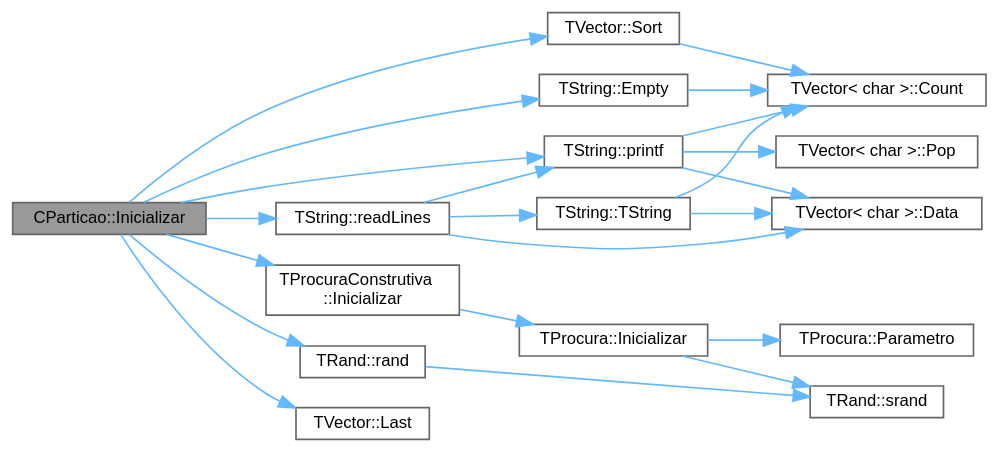
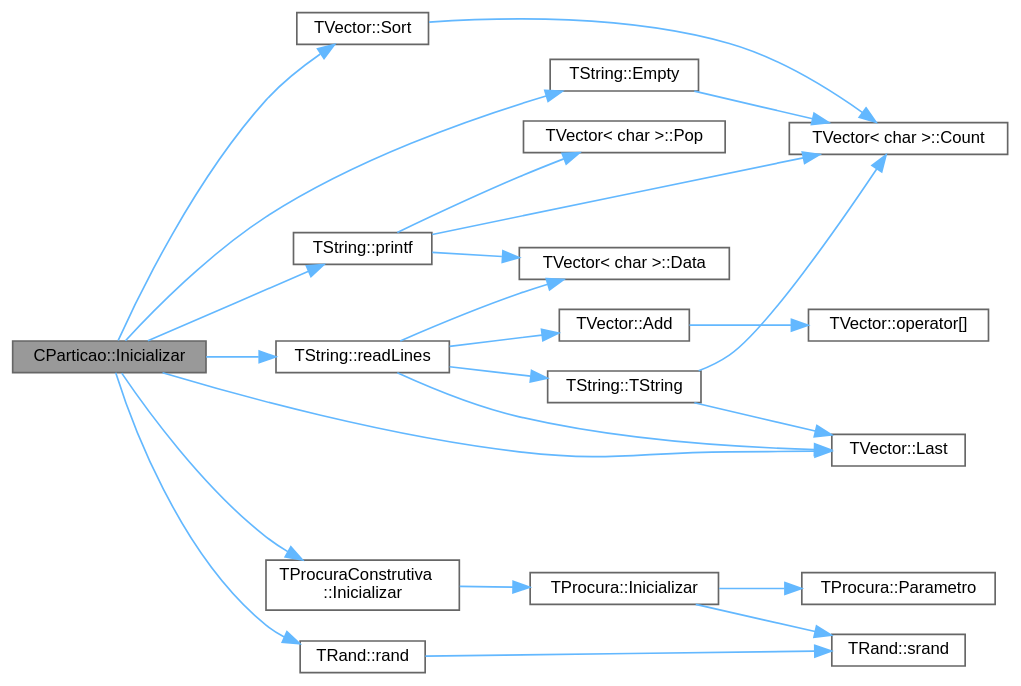
Before and after one commit to jcoelho72/TProcura: the diagram in classCParticao_a9398d7eb5af933dd64c50bb09bba6400_cgraph.dot, drawn with Graphviz. The commit also changed 68 other files, not shown here.

```diff
--- a/classCParticao_a9398d7eb5af933dd64c50bb09bba6400_cgraph.dot
+++ b/classCParticao_a9398d7eb5af933dd64c50bb09bba6400_cgraph.dot
@@ -1,44 +1,48 @@
 digraph "CParticao::Inicializar"
 {
  // LATEX_PDF_SIZE
   bgcolor="transparent";
   edge [fontname=Helvetica,fontsize=10,labelfontname=Helvetica,labelfontsize=10];
   node [fontname=Helvetica,fontsize=10,shape=box,height=0.2,width=0.4];
   rankdir="LR";
   Node1 [id="Node000001",label="CParticao::Inicializar",height=0.2,width=0.4,color="gray40", fillcolor="grey60", style="filled", fontcolor="black",tooltip="Coloca o objecto no estado inicial da procura."];
   Node1 -> Node2 [id="edge1_Node000001_Node000002",color="steelblue1",style="solid",tooltip=" "];
   Node2 [id="Node000002",label="TString::Empty",height=0.2,width=0.4,color="grey40", fillcolor="white", style="filled",URL="$classTString.html#a8c4d6fec2dd3afac9a4f3442b786af33",tooltip=" "];
   Node2 -> Node3 [id="edge2_Node000002_Node000003",color="steelblue1",style="solid",tooltip=" "];
   Node3 [id="Node000003",label="TVector\< char \>::Count",height=0.2,width=0.4,color="grey40", fillcolor="white", style="filled",URL="$classTVector.html#ac3c744d84543ca6e32859eb7dfccfeef",tooltip=" "];
   Node1 -> Node4 [id="edge3_Node000001_Node000004",color="steelblue1",style="solid",tooltip=" "];
   Node4 [id="Node000004",label="TProcuraConstrutiva\l::Inicializar",height=0.2,width=0.4,color="grey40", fillcolor="white", style="filled",URL="$group__RedefinicaoMandatoria.html#ga2eabd047192d429686aeadf549136d44",tooltip="Coloca o objecto no estado inicial da procura."];
   Node4 -> Node5 [id="edge4_Node000004_Node000005",color="steelblue1",style="solid",tooltip=" "];
   Node5 [id="Node000005",label="TProcura::Inicializar",height=0.2,width=0.4,color="grey40", fillcolor="white", style="filled",URL="$classTProcura.html#a1af0e64ed79d99972d8d48fadf839f43",tooltip="Coloca o objecto no estado inicial da procura."];
   Node5 -> Node6 [id="edge5_Node000005_Node000006",color="steelblue1",style="solid",tooltip=" "];
   Node6 [id="Node000006",label="TProcura::Parametro",height=0.2,width=0.4,color="grey40", fillcolor="white", style="filled",URL="$classTProcura.html#a0e9e692f29af8a5d5279a8647c800437",tooltip=" "];
   Node5 -> Node7 [id="edge6_Node000005_Node000007",color="steelblue1",style="solid",tooltip=" "];
   Node7 [id="Node000007",label="TRand::srand",height=0.2,width=0.4,color="grey40", fillcolor="white", style="filled",URL="$namespaceTRand.html#ad0b319d6f58ab6820b001b4e3d3ae245",tooltip="Inicializa a semente da geração pseudo-aleatória."];
   Node1 -> Node8 [id="edge7_Node000001_Node000008",color="steelblue1",style="solid",tooltip=" "];
   Node8 [id="Node000008",label="TVector::Last",height=0.2,width=0.4,color="grey40", fillcolor="white", style="filled",URL="$classTVector.html#aa304d639c79ef2842f9951846c6292e3",tooltip=" "];
   Node1 -> Node9 [id="edge8_Node000001_Node000009",color="steelblue1",style="solid",tooltip=" "];
   Node9 [id="Node000009",label="TString::printf",height=0.2,width=0.4,color="grey40", fillcolor="white", style="filled",URL="$classTString.html#a4b9a718839325a0e057bc6e2483d3f17",tooltip=" "];
   Node9 -> Node3 [id="edge9_Node000009_Node000003",color="steelblue1",style="solid",tooltip=" "];
   Node9 -> Node10 [id="edge10_Node000009_Node000010",color="steelblue1",style="solid",tooltip=" "];
   Node10 [id="Node000010",label="TVector\< char \>::Data",height=0.2,width=0.4,color="grey40", fillcolor="white", style="filled",URL="$classTVector.html#addd572d70b587092fddc21a8b0f53120",tooltip="Acesso direto."];
   Node9 -> Node11 [id="edge11_Node000009_Node000011",color="steelblue1",style="solid",tooltip=" "];
   Node11 [id="Node000011",label="TVector\< char \>::Pop",height=0.2,width=0.4,color="grey40", fillcolor="white", style="filled",URL="$classTVector.html#a3249913626d54e46b07e168ce1f05d87",tooltip=" "];
   Node1 -> Node12 [id="edge12_Node000001_Node000012",color="steelblue1",style="solid",tooltip=" "];
   Node12 [id="Node000012",label="TRand::rand",height=0.2,width=0.4,color="grey40", fillcolor="white", style="filled",URL="$namespaceTRand.html#a8f8ec155d796c5586198ac75eb966d4f",tooltip="Retorna o próximo valor pseudo-aleatório."];
   Node12 -> Node7 [id="edge13_Node000012_Node000007",color="steelblue1",style="solid",tooltip=" "];
   Node1 -> Node13 [id="edge14_Node000001_Node000013",color="steelblue1",style="solid",tooltip=" "];
   Node13 [id="Node000013",label="TString::readLines",height=0.2,width=0.4,color="grey40", fillcolor="white", style="filled",URL="$classTString.html#ae7b848f7e090aae31886c8fd535e1055",tooltip=" "];
-  Node13 -> Node10 [id="edge15_Node000013_Node000010",color="steelblue1",style="solid",tooltip=" "];
-  Node13 -> Node9 [id="edge16_Node000013_Node000009",color="steelblue1",style="solid",tooltip=" "];
-  Node13 -> Node14 [id="edge17_Node000013_Node000014",color="steelblue1",style="solid",tooltip=" "];
-  Node14 [id="Node000014",label="TString::TString",height=0.2,width=0.4,color="grey40", fillcolor="white", style="filled",URL="$classTString.html#a2fb70d94c8fdba6d90145a01aec1ce3f",tooltip=" "];
-  Node14 -> Node3 [id="edge18_Node000014_Node000003",color="steelblue1",style="solid",tooltip=" "];
-  Node14 -> Node10 [id="edge19_Node000014_Node000010",color="steelblue1",style="solid",tooltip=" "];
-  Node1 -> Node15 [id="edge20_Node000001_Node000015",color="steelblue1",style="solid",tooltip=" "];
-  Node15 [id="Node000015",label="TVector::Sort",height=0.2,width=0.4,color="grey40", fillcolor="white", style="filled",URL="$classTVector.html#a6006a477a6794ac80c97cc35c8925699",tooltip="Ordena todo o vetor, opcionalmente devolvendo índices ordenados."];
-  Node15 -> Node3 [id="edge21_Node000015_Node000003",color="steelblue1",style="solid",tooltip=" "];
+  Node13 -> Node14 [id="edge15_Node000013_Node000014",color="steelblue1",style="solid",tooltip=" "];
+  Node14 [id="Node000014",label="TVector::Add",height=0.2,width=0.4,color="grey40", fillcolor="white", style="filled",URL="$classTVector.html#aa28afdd47b27c5e004fc75b86d6f66a6",tooltip=" "];
+  Node14 -> Node15 [id="edge16_Node000014_Node000015",color="steelblue1",style="solid",tooltip=" "];
+  Node15 [id="Node000015",label="TVector::operator[]",height=0.2,width=0.4,color="grey40", fillcolor="white", style="filled",URL="$classTVector.html#a372a42fd7c4a94fee43db36d6a339b33",tooltip="Acesso por índice com auto-expansão."];
+  Node13 -> Node10 [id="edge17_Node000013_Node000010",color="steelblue1",style="solid",tooltip=" "];
+  Node13 -> Node8 [id="edge18_Node000013_Node000008",color="steelblue1",style="solid",tooltip=" "];
+  Node13 -> Node16 [id="edge19_Node000013_Node000016",color="steelblue1",style="solid",tooltip=" "];
+  Node16 [id="Node000016",label="TString::TString",height=0.2,width=0.4,color="grey40", fillcolor="white", style="filled",URL="$classTString.html#a2fb70d94c8fdba6d90145a01aec1ce3f",tooltip=" "];
+  Node16 -> Node3 [id="edge20_Node000016_Node000003",color="steelblue1",style="solid",tooltip=" "];
+  Node16 -> Node8 [id="edge21_Node000016_Node000008",color="steelblue1",style="solid",tooltip=" "];
+  Node1 -> Node17 [id="edge22_Node000001_Node000017",color="steelblue1",style="solid",tooltip=" "];
+  Node17 [id="Node000017",label="TVector::Sort",height=0.2,width=0.4,color="grey40", fillcolor="white", style="filled",URL="$classTVector.html#a6006a477a6794ac80c97cc35c8925699",tooltip="Ordena todo o vetor, opcionalmente devolvendo índices ordenados."];
+  Node17 -> Node3 [id="edge23_Node000017_Node000003",color="steelblue1",style="solid",tooltip=" "];
 }
```
